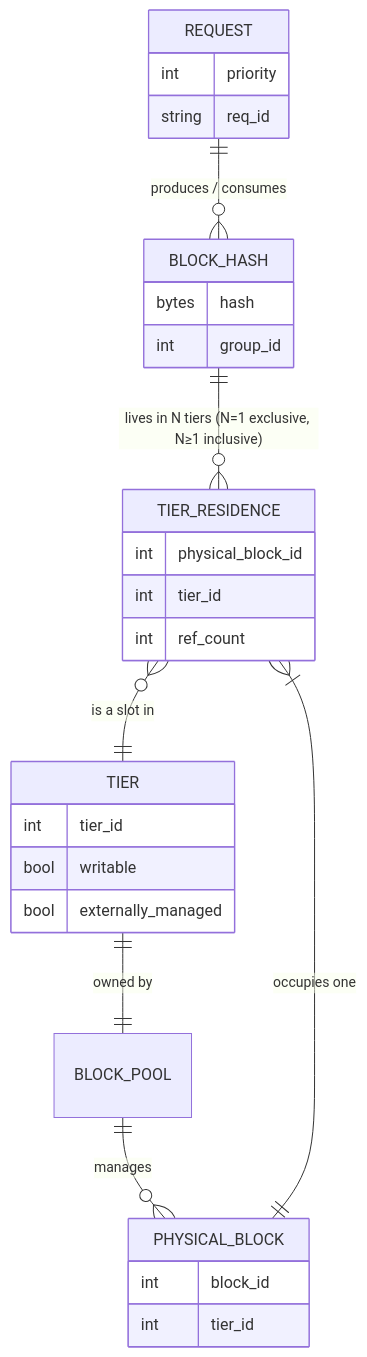
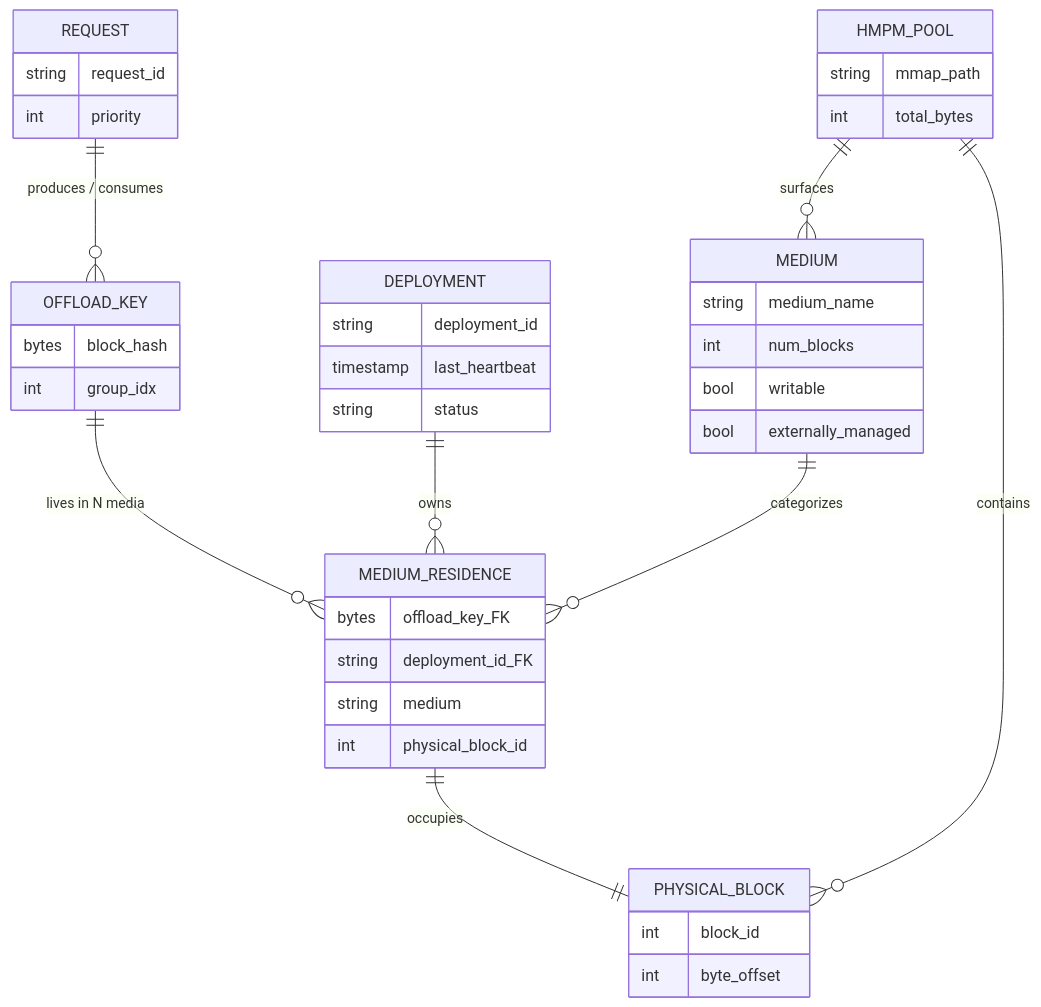
Before and after one commit to wangchen615/vllm: the diagram in docs/design/rfcs/imgs/mmd/block-tier-er.mmd, drawn with Mermaid. The commit also changed 9 other files, not shown here.

First line of the commit message:
docs(rfc): update Mermaid diagrams for OffloadingConnector architecture

```diff
--- a/docs/design/rfcs/imgs/mmd/block-tier-er.mmd
+++ b/docs/design/rfcs/imgs/mmd/block-tier-er.mmd
@@ -1,36 +1,47 @@
-%% Entity-relationship diagram: how a logical KV block hash relates to
-%% physical block IDs across tiers, and to the metadata that tracks them.
+%% ER diagram: how an OffloadKey relates to physical blocks across media,
+%% deployments, and requests, mediated by the HMPM allocation table.
+%% Cardinality "OFFLOAD_KEY ||--o{ MEDIUM_RESIDENCE" means N=1 in partitioned (M1)
+%% per deployment; N>=1 across deployments and in inclusive/replicate modes.
+%% See docs/design/rfcs/exclusive-tiered-caching.md
 erDiagram
-    BLOCK_HASH ||--o{ TIER_RESIDENCE : "lives in N tiers (N=1 exclusive, N≥1 inclusive)"
-    TIER_RESIDENCE }o--|| TIER : "is a slot in"
-    TIER ||--|| BLOCK_POOL : "owned by"
-    BLOCK_POOL ||--o{ PHYSICAL_BLOCK : "manages"
-    TIER_RESIDENCE }|--|| PHYSICAL_BLOCK : "occupies one"
+    REQUEST ||--o{ OFFLOAD_KEY : "produces / consumes"
+    OFFLOAD_KEY ||--o{ MEDIUM_RESIDENCE : "lives in N media"
+    DEPLOYMENT ||--o{ MEDIUM_RESIDENCE : "owns"
+    MEDIUM ||--o{ MEDIUM_RESIDENCE : "categorizes"
+    MEDIUM_RESIDENCE ||--|| PHYSICAL_BLOCK : "occupies"
+    HMPM_POOL ||--o{ PHYSICAL_BLOCK : "contains"
+    HMPM_POOL ||--o{ MEDIUM : "surfaces"
 
-    REQUEST ||--o{ BLOCK_HASH : "produces / consumes"
     REQUEST {
+        string request_id
         int priority
-        string req_id
     }
-
-    BLOCK_HASH {
-        bytes hash
-        int group_id
+    OFFLOAD_KEY {
+        bytes block_hash
+        int group_idx
     }
-
-    TIER {
-        int tier_id
+    DEPLOYMENT {
+        string deployment_id
+        timestamp last_heartbeat
+        string status
+    }
+    MEDIUM_RESIDENCE {
+        bytes offload_key_FK
+        string deployment_id_FK
+        string medium
+        int physical_block_id
+    }
+    MEDIUM {
+        string medium_name
+        int num_blocks
         bool writable
         bool externally_managed
     }
-
-    TIER_RESIDENCE {
-        int physical_block_id
-        int tier_id
-        int ref_count
-    }
-
     PHYSICAL_BLOCK {
         int block_id
-        int tier_id
+        int byte_offset
     }
+    HMPM_POOL {
+        string mmap_path
+        int total_bytes
+    }
```
